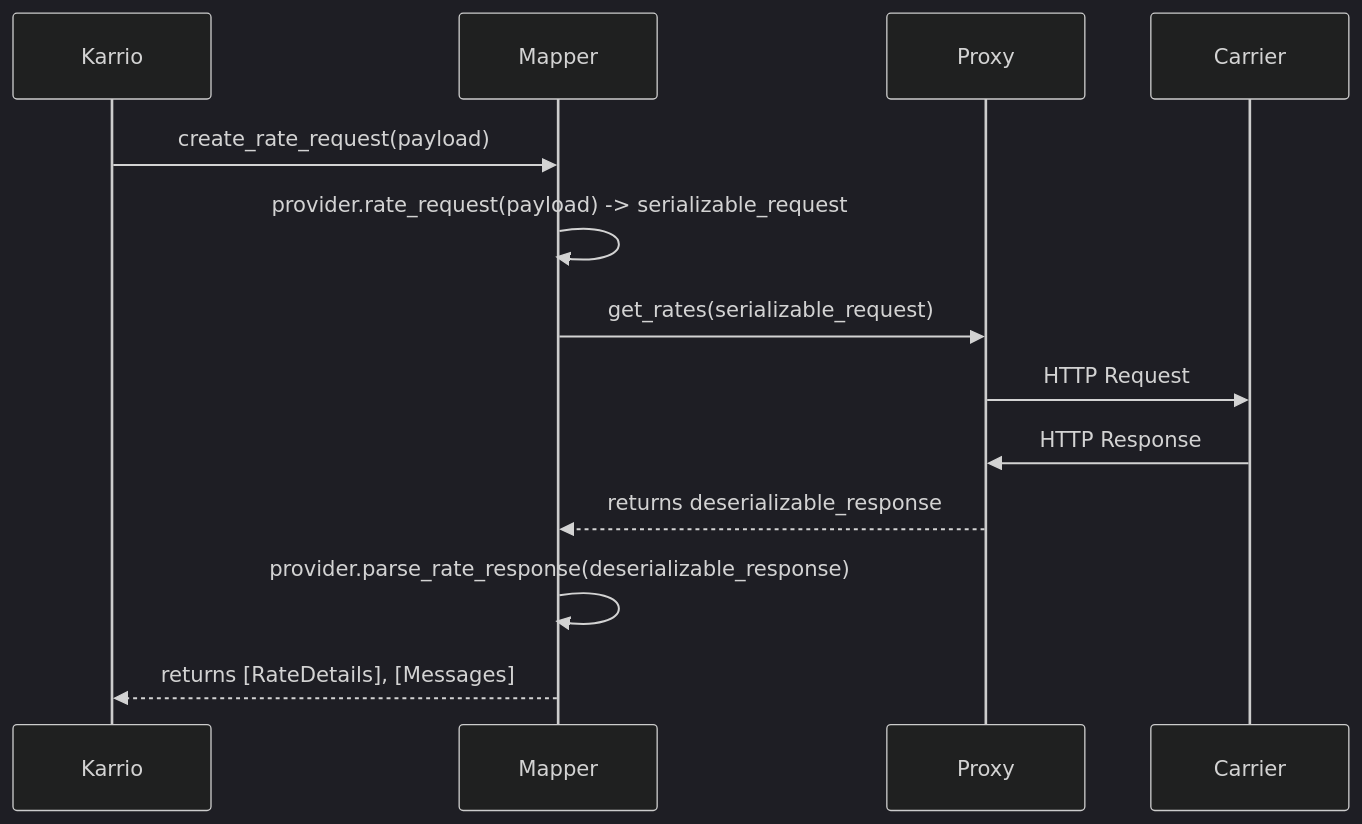
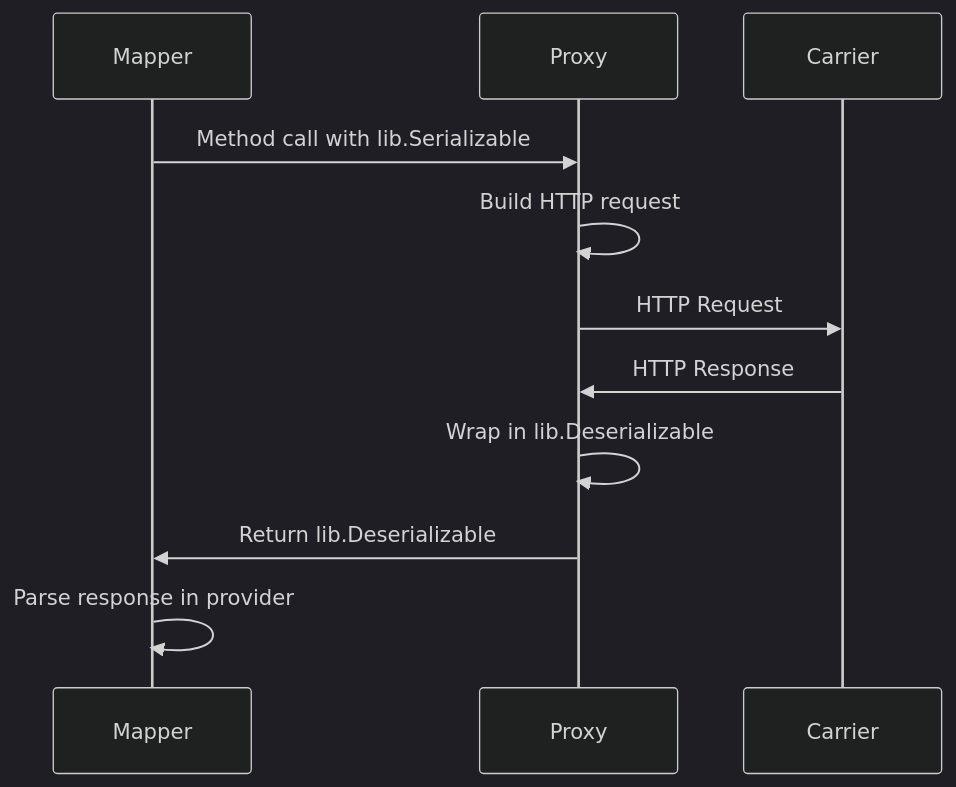
Before and after one commit to karrioapi/karrio: the diagram in apps/web/src/app/docs/developing/carrier-integration/api-requests/page.mdx, drawn with Mermaid (dark theme). The commit also changed other lines of this file and 31 other files, not shown here.

````diff
--- a/apps/web/src/app/docs/developing/carrier-integration/api-requests/page.mdx
+++ b/apps/web/src/app/docs/developing/carrier-integration/api-requests/page.mdx
@@ -203,16 +342,14 @@
 ```mermaid
 sequenceDiagram
-    participant Karrio
     participant Mapper
     participant Proxy
     participant Carrier
 
-    Karrio->>Mapper: create_rate_request(payload)
-    Mapper->>Mapper: provider.rate_request(payload) -> serializable_request
-    Mapper->>Proxy: get_rates(serializable_request)
+    Mapper->>Proxy: Method call with lib.Serializable
+    Proxy->>Proxy: Build HTTP request
     Proxy->>Carrier: HTTP Request
     Carrier->>Proxy: HTTP Response
-    Proxy-->>Mapper: returns deserializable_response
-    Mapper->>Mapper: provider.parse_rate_response(deserializable_response)
-    Mapper-->>Karrio: returns [RateDetails], [Messages]
+    Proxy->>Proxy: Wrap in lib.Deserializable
+    Proxy->>Mapper: Return lib.Deserializable
+    Mapper->>Mapper: Parse response in provider
 ```
````
